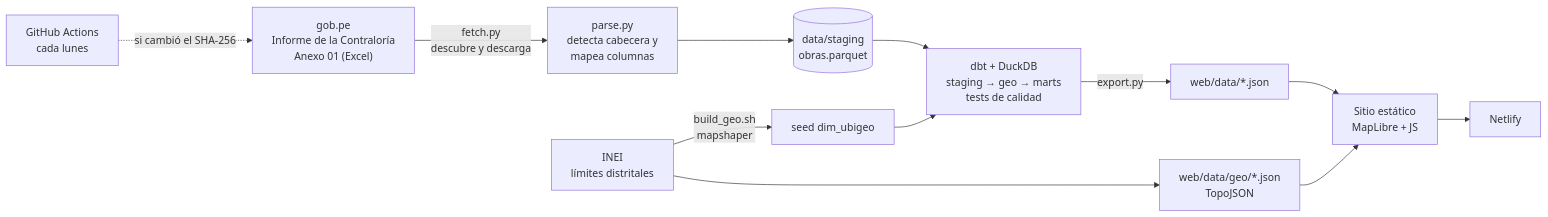
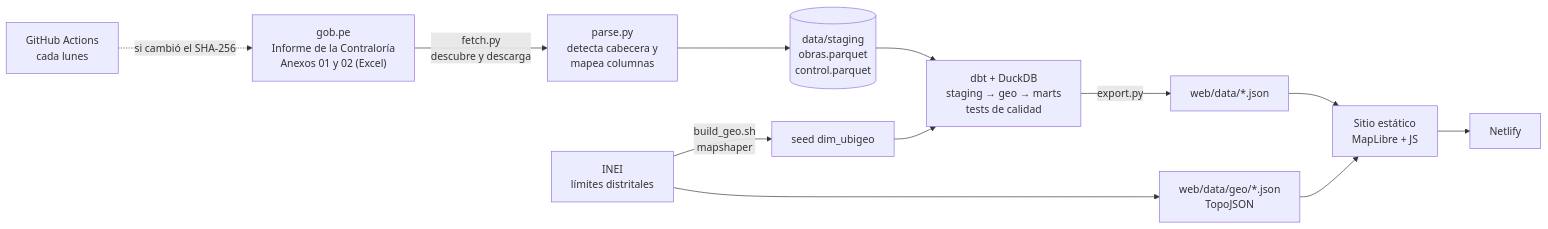
Before and after one commit to Key-qr/obra-parada: the diagram in README.md, drawn with Mermaid. The commit also changed other lines of this file and 34 other files, not shown here.

````diff
--- a/README.md
+++ b/README.md
@@ -57,14 +60,14 @@
 ```mermaid
 flowchart LR
-    A["gob.pe<br/>Informe de la Contraloría<br/>Anexo 01 (Excel)"] -->|"fetch.py<br/>descubre y descarga"| B["parse.py<br/>detecta cabecera y<br/>mapea columnas"]
-    B --> C[("data/staging<br/>obras.parquet")]
+    A["gob.pe<br/>Informe de la Contraloría<br/>Anexos 01 y 02 (Excel)"] -->|"fetch.py<br/>descubre y descarga"| B["parse.py<br/>detecta cabecera y<br/>mapea columnas"]
+    B --> C[("data/staging<br/>obras.parquet<br/>control.parquet")]
     G["INEI<br/>límites distritales"] -->|"build_geo.sh<br/>mapshaper"| S["seed dim_ubigeo"]
     C --> D["dbt + DuckDB<br/>staging → geo → marts<br/>tests de calidad"]
     S --> D
     D -->|"export.py"| E["web/data/*.json"]
     G --> T["web/data/geo/*.json<br/>TopoJSON"]
     E --> W["Sitio estático<br/>MapLibre + JS"]
     T --> W
     W --> N["Netlify"]
     GH["GitHub Actions<br/>cada lunes"] -.->|"si cambió el SHA-256"| A
 ```
````
